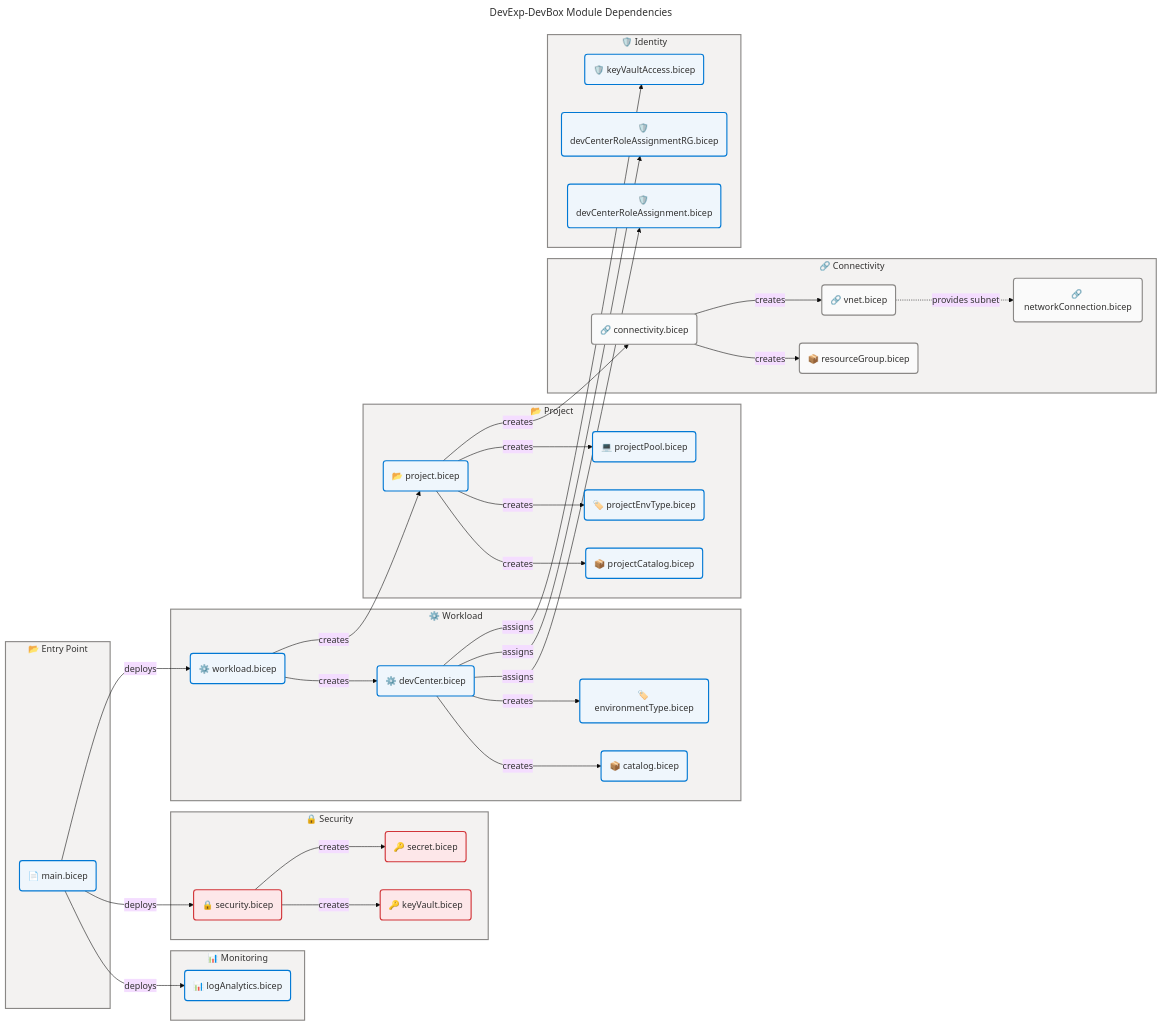
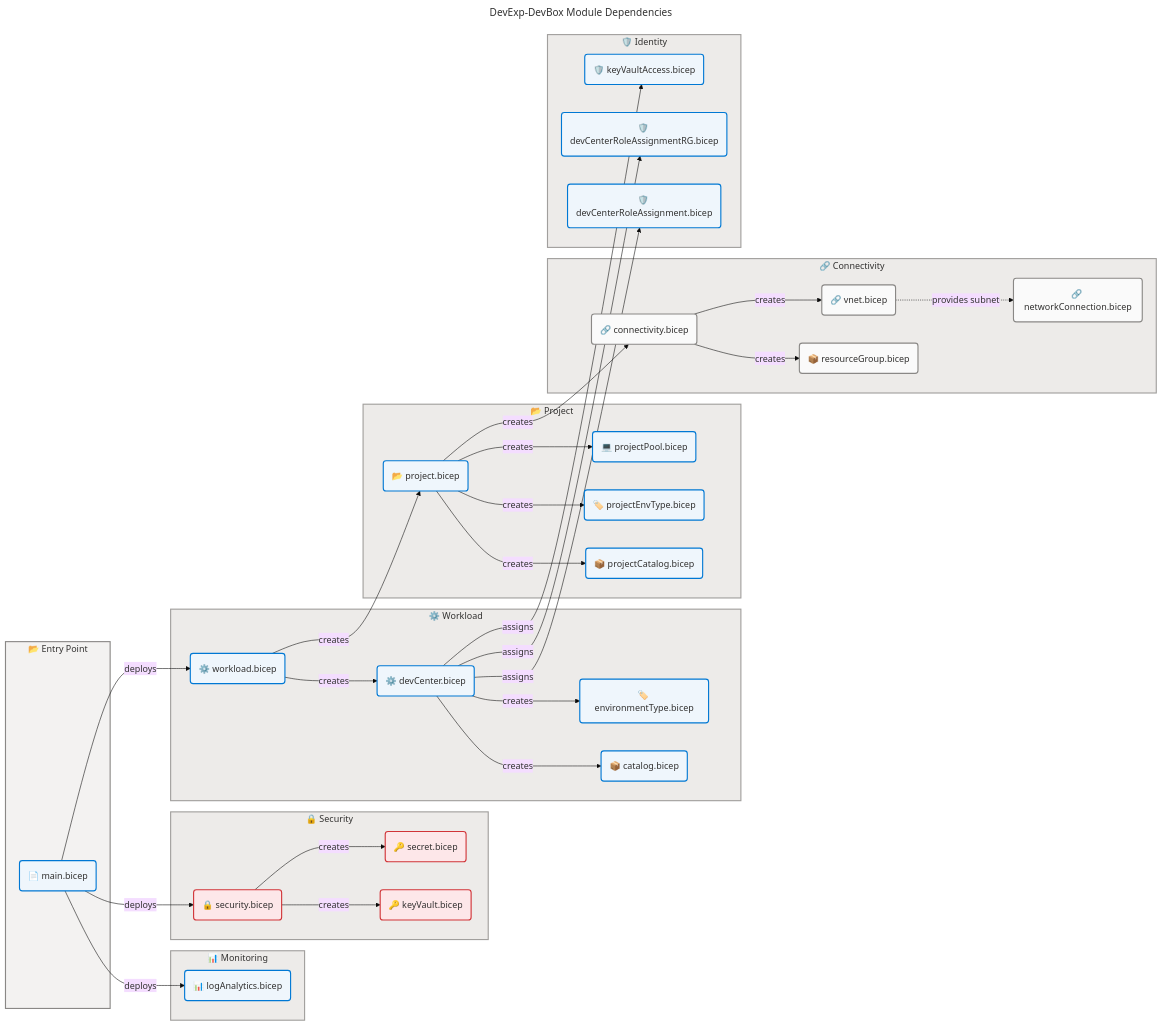
Before and after one commit to Evilazaro/DevExp-DevBox: the sixth of 6 diagrams in docs/architecture/technology-architecture.md, drawn with Mermaid. The commit also changed other lines of this file, not shown here.

````diff
--- a/docs/architecture/technology-architecture.md
+++ b/docs/architecture/technology-architecture.md
@@ -652,12 +1024,16 @@
     classDef core fill:#EFF6FC,stroke:#0078D4,stroke-width:2px,color:#323130
     classDef danger fill:#FDE7E9,stroke:#D13438,stroke-width:2px,color:#323130
 
-    %% Subgraph styling via style directive
+    classDef success fill:#DFF6DD,stroke:#107C10,stroke-width:2px,color:#323130
+    classDef warning fill:#FFF4CE,stroke:#FFB900,stroke-width:2px,color:#323130
+    classDef data fill:#F0E6FA,stroke:#8764B8,stroke-width:2px,color:#323130
+
+    %% Subgraph styling via style directive — graduated neutral tones
     style EntryPoint fill:#F3F2F1,stroke:#8A8886,stroke-width:2px,color:#323130
-    style MonitoringMod fill:#F3F2F1,stroke:#8A8886,stroke-width:2px,color:#323130
-    style SecurityMod fill:#F3F2F1,stroke:#8A8886,stroke-width:2px,color:#323130
-    style WorkloadMod fill:#F3F2F1,stroke:#8A8886,stroke-width:2px,color:#323130
-    style ProjectMod fill:#F3F2F1,stroke:#8A8886,stroke-width:2px,color:#323130
-    style ConnMod fill:#F3F2F1,stroke:#8A8886,stroke-width:2px,color:#323130
-    style IdentityMod fill:#F3F2F1,stroke:#8A8886,stroke-width:2px,color:#323130
+    style MonitoringMod fill:#EDEBE9,stroke:#A19F9D,stroke-width:2px,color:#323130
+    style SecurityMod fill:#EDEBE9,stroke:#A19F9D,stroke-width:2px,color:#323130
+    style WorkloadMod fill:#EDEBE9,stroke:#A19F9D,stroke-width:2px,color:#323130
+    style ProjectMod fill:#EDEBE9,stroke:#A19F9D,stroke-width:2px,color:#323130
+    style ConnMod fill:#EDEBE9,stroke:#A19F9D,stroke-width:2px,color:#323130
+    style IdentityMod fill:#EDEBE9,stroke:#A19F9D,stroke-width:2px,color:#323130
 ```
````
